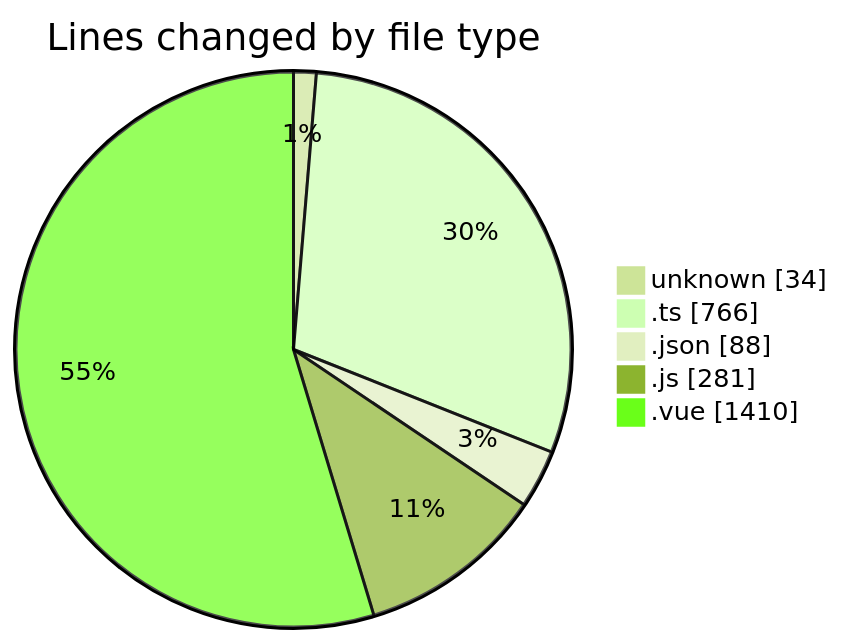
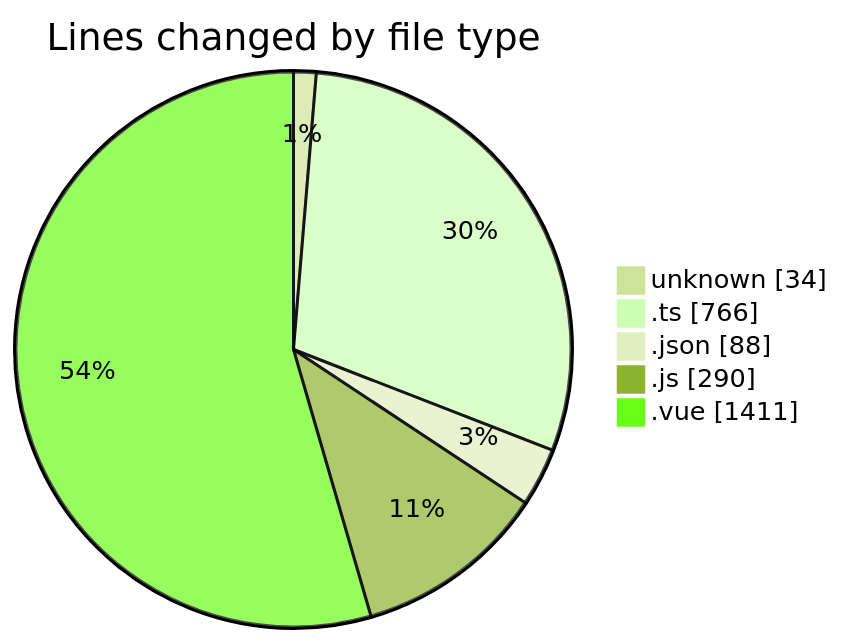
The first of 2 diagrams in 2025-07-13/rentotp/README.md (lephambinh05/code-tracking), drawn with Mermaid (forest theme) before and after one commit. The commit also changed other lines of this file and 1 other file, not shown here.

````diff
--- a/2025-07-13/rentotp/README.md
+++ b/2025-07-13/rentotp/README.md
@@ -46,9 +46,9 @@
 ```mermaid
 pie showData
 title Lines changed by file type
 "unknown" : 34
 ".ts" : 766
 ".json" : 88
-".js" : 281
-".vue" : 1410
+".js" : 290
+".vue" : 1411
 ```
````
